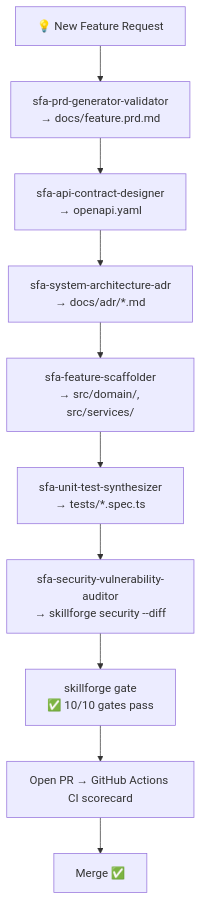
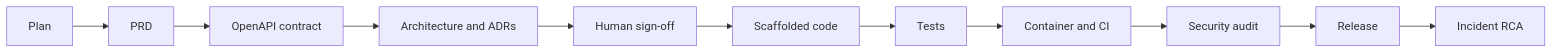
One commit to OpenYantra/SkillForgeAI changed the diagram in GETTING-STARTED.md. Above: the diagram before and after it, drawn with Mermaid. The commit also changed other lines of this file, not shown here.

````diff
--- a/GETTING-STARTED.md
+++ b/GETTING-STARTED.md
@@ -642,12 +43,13 @@
 ```mermaid
-flowchart TD
-    A["💡 New Feature Request"] --> B["sfa-prd-generator-validator\n→ docs/feature.prd.md"]
-    B --> C["sfa-api-contract-designer\n→ openapi.yaml"]
-    C --> D["sfa-system-architecture-adr\n→ docs/adr/*.md"]
-    D --> E["sfa-feature-scaffolder\n→ src/domain/, src/services/"]
-    E --> F["sfa-unit-test-synthesizer\n→ tests/*.spec.ts"]
-    F --> SEC["sfa-security-vulnerability-auditor\n→ skillforge security --diff"]
-    SEC --> G["skillforge gate\n✅ 10/10 gates pass"]
-    G --> H["Open PR → GitHub Actions CI scorecard"]
-    H --> I["Merge ✅"]
+flowchart LR
+    A["Plan"] --> B["PRD"]
+    B --> C["OpenAPI contract"]
+    C --> D["Architecture and ADRs"]
+    D --> E["Human sign-off"]
+    E --> F["Scaffolded code"]
+    F --> G["Tests"]
+    G --> H["Container and CI"]
+    H --> I["Security audit"]
+    I --> J["Release"]
+    J --> K["Incident RCA"]
 ```
````
